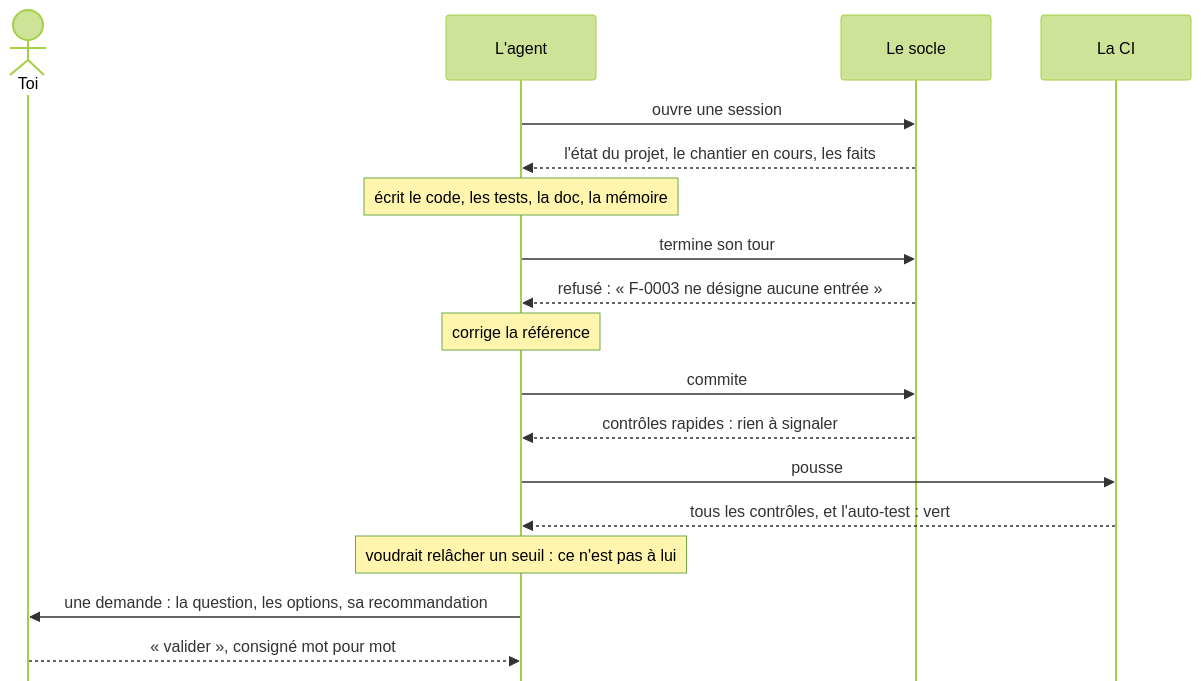
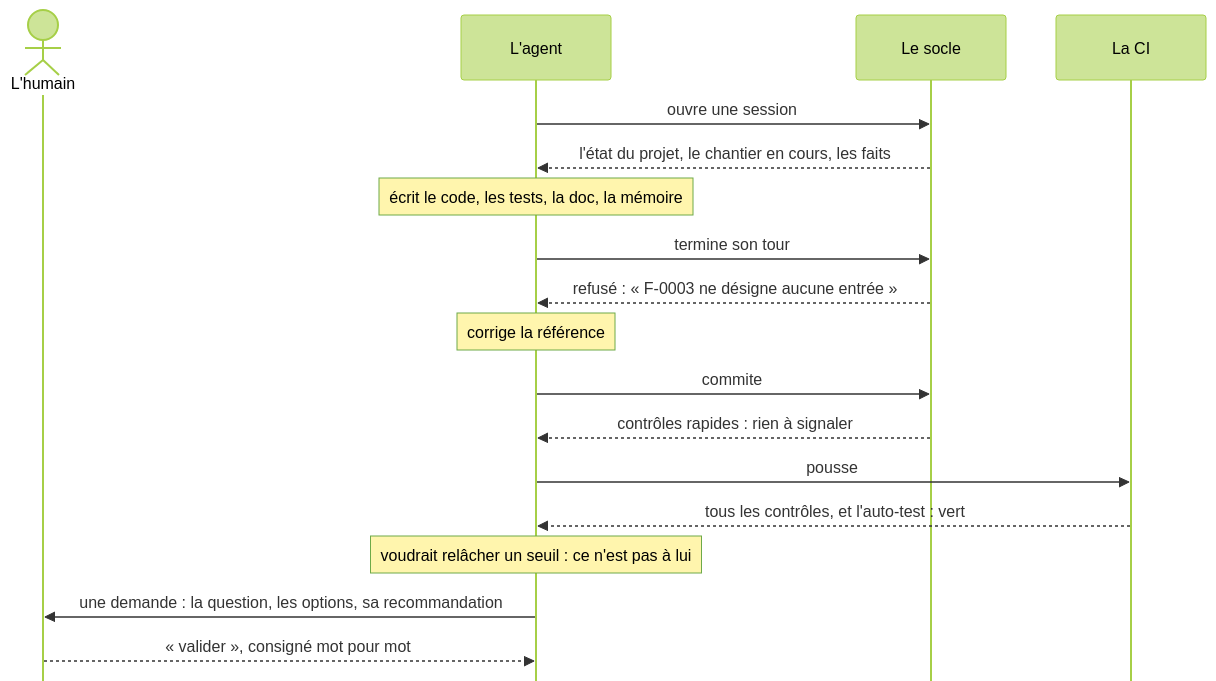
The second of 3 diagrams in README.md (theodubus/memory), drawn with Mermaid (forest theme) before and after one commit. The commit also changed other lines of this file and 10 other files, not shown here.

````diff
--- a/README.md
+++ b/README.md
@@ -66,21 +151,21 @@
 ```mermaid
 %%{init: {"sequence": {"mirrorActors": false}}}%%
 sequenceDiagram
-    actor H as Toi
+    actor H as L'humain
     participant A as L'agent
     participant S as Le socle
     participant G as La CI
     A->>S: ouvre une session
     S-->>A: l'état du projet, le chantier en cours, les faits
     Note over A: écrit le code, les tests, la doc, la mémoire
     A->>S: termine son tour
     S-->>A: refusé : « F-0003 ne désigne aucune entrée »
     Note over A: corrige la référence
     A->>S: commite
     S-->>A: contrôles rapides : rien à signaler
     A->>G: pousse
     G-->>A: tous les contrôles, et l'auto-test : vert
     Note over A: voudrait relâcher un seuil : ce n'est pas à lui
     A->>H: une demande : la question, les options, sa recommandation
     H-->>A: « valider », consigné mot pour mot
 ```
````
